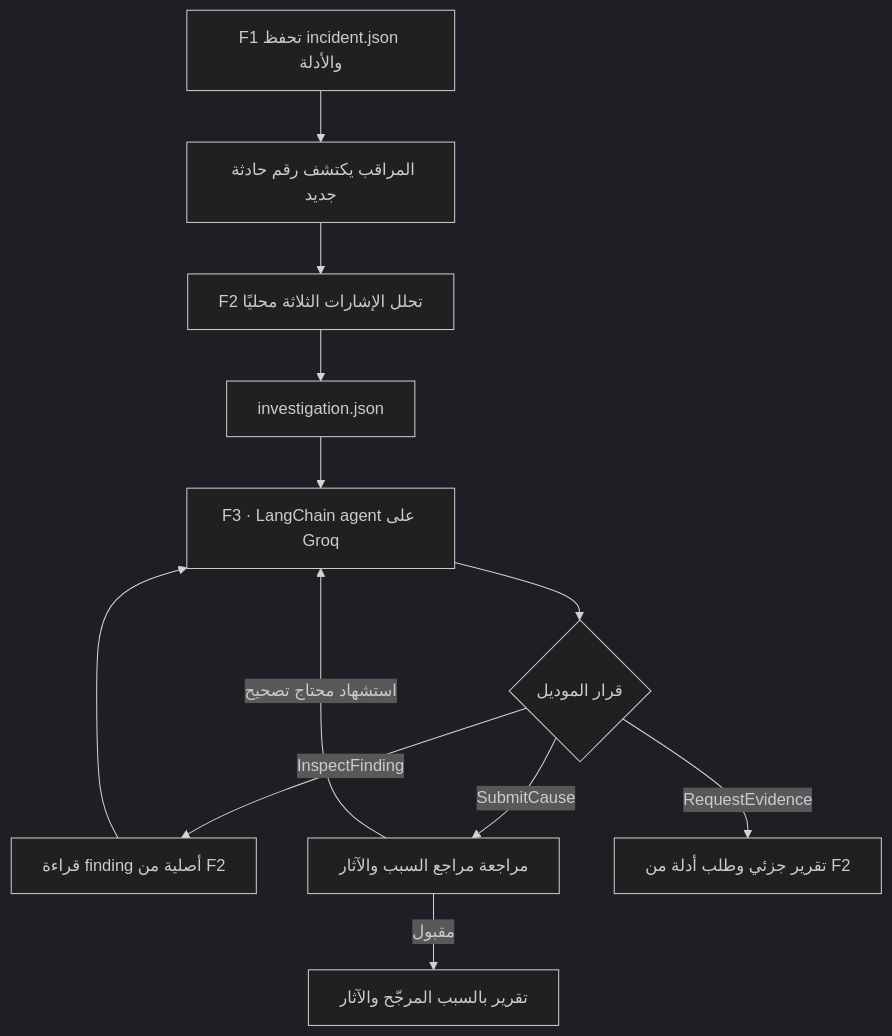
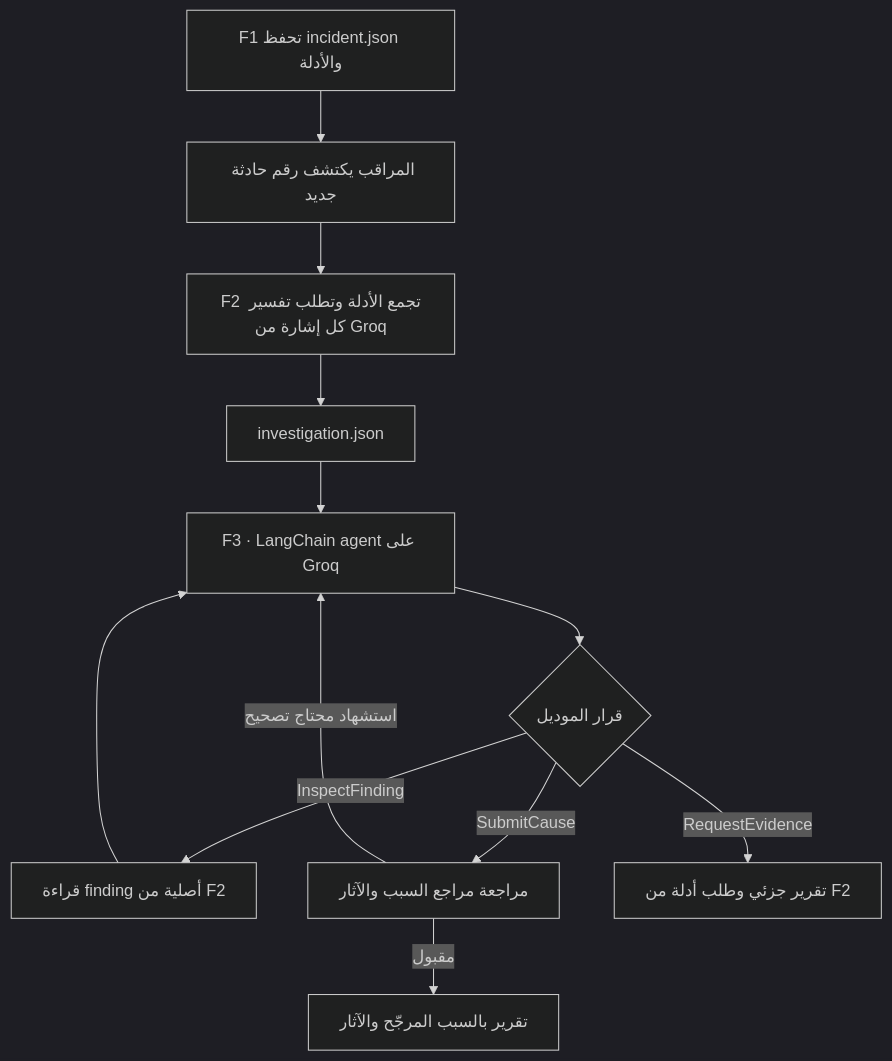
The diagram in correlation_agent/FEATURE_GUIDE_AR.md (MuhamedRagabbb/Observa), drawn with Mermaid (dark theme) before and after one commit. The commit also changed other lines of this file and 17 other files, not shown here.

````diff
--- a/correlation_agent/FEATURE_GUIDE_AR.md
+++ b/correlation_agent/FEATURE_GUIDE_AR.md
@@ -9,14 +9,14 @@
 ```mermaid
 flowchart TD
     F1["F1 تحفظ incident.json والأدلة"] --> W["المراقب يكتشف رقم حادثة جديد"]
-    W --> F2["F2 تحلل الإشارات الثلاثة محليًا"]
+    W --> F2["F2 تجمع الأدلة وتطلب تفسير كل إشارة من Groq"]
     F2 --> I["investigation.json"]
     I --> A["F3 · LangChain agent على Groq"]
     A --> D{"قرار الموديل"}
     D -->|InspectFinding| E["قراءة finding أصلية من F2"]
     E --> A
     D -->|SubmitCause| V["مراجعة مراجع السبب والآثار"]
     V -->|استشهاد محتاج تصحيح| A
     V -->|مقبول| R["تقرير بالسبب المرجّح والآثار"]
     D -->|RequestEvidence| P["تقرير جزئي وطلب أدلة من F2"]
 ```
````
